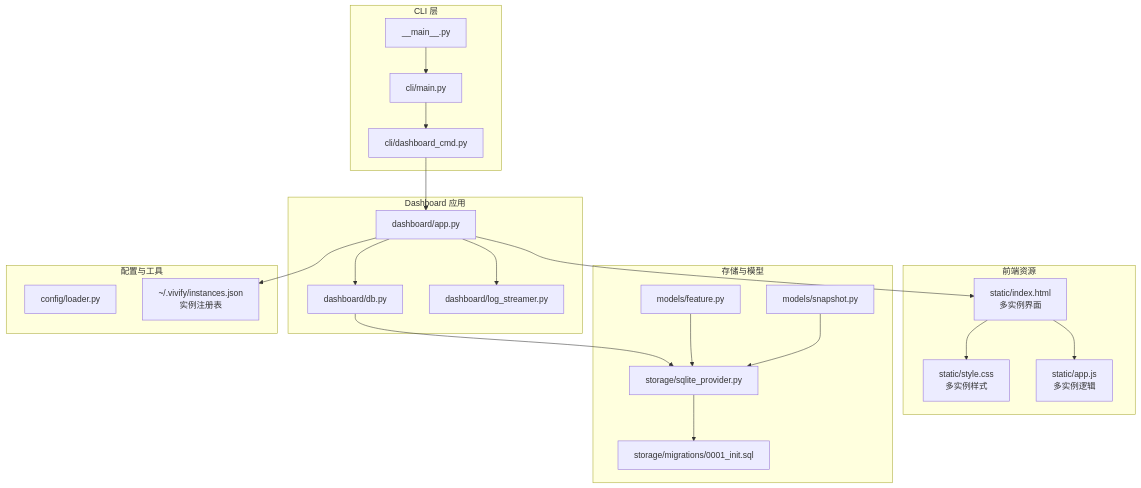
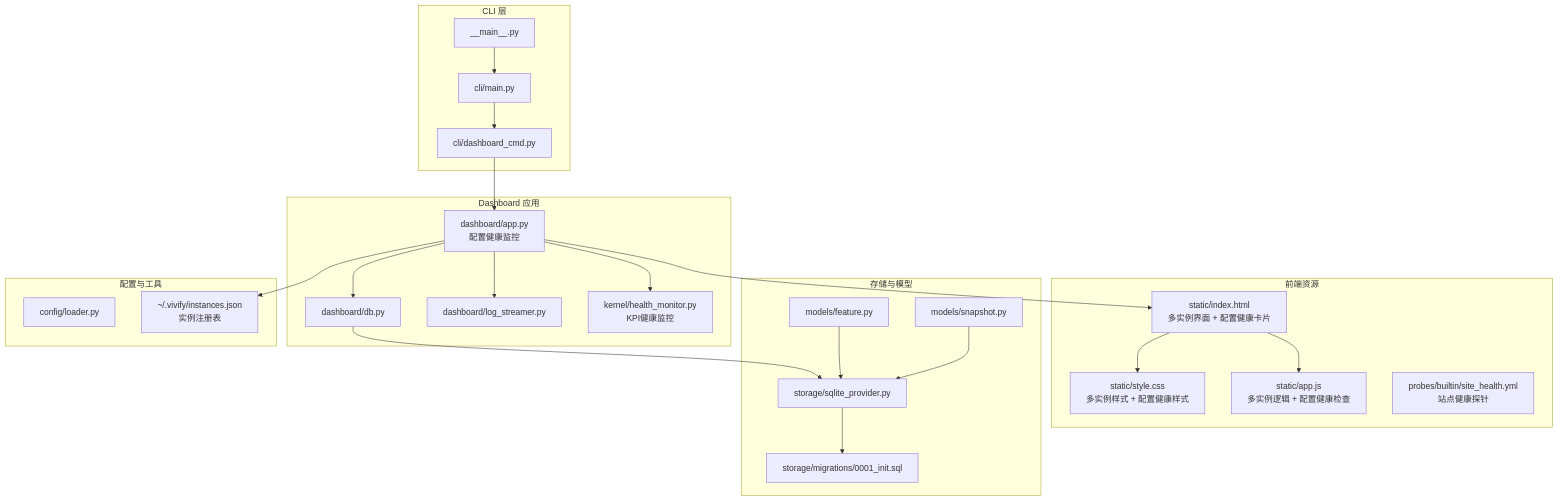
The first of 15 diagrams in .qoder/repowiki/zh/content/技术实现参考/Web仪表板系统.md (pinsonchen/vivify), drawn with Mermaid before and after one commit. The commit also changed other lines of this file and 5 other files, not shown here.

````diff
--- a/.qoder/repowiki/zh/content/技术实现参考/Web仪表板系统.md
+++ b/.qoder/repowiki/zh/content/技术实现参考/Web仪表板系统.md
@@ -56,41 +59,44 @@
 ```mermaid
 graph TB
 subgraph "CLI 层"
 CLI_Main["cli/main.py"]
 CLI_Dashboard["cli/dashboard_cmd.py"]
 Main_Entry["__main__.py"]
 end
 subgraph "Dashboard 应用"
-Dash_App["dashboard/app.py"]
+Dash_App["dashboard/app.py<br/>配置健康监控"]
 Dash_DB["dashboard/db.py"]
 Log_Streamer["dashboard/log_streamer.py"]
+Health_Monitor["kernel/health_monitor.py<br/>KPI健康监控"]
 end
 subgraph "前端资源"
-Index_HTML["static/index.html<br/>多实例界面"]
-Style_CSS["static/style.css<br/>多实例样式"]
-App_JS["static/app.js<br/>多实例逻辑"]
+Index_HTML["static/index.html<br/>多实例界面 + 配置健康卡片"]
+Style_CSS["static/style.css<br/>多实例样式 + 配置健康样式"]
+App_JS["static/app.js<br/>多实例逻辑 + 配置健康检查"]
+Probes["probes/builtin/site_health.yml<br/>站点健康探针"]
 end
 subgraph "存储与模型"
 SQLite_Provider["storage/sqlite_provider.py"]
 Schema_SQL["storage/migrations/0001_init.sql"]
 Feature_Model["models/feature.py"]
 Snapshot_Model["models/snapshot.py"]
 end
 subgraph "配置与工具"
 Config_Loader["config/loader.py"]
 Instance_Registry["~/.vivify/instances.json<br/>实例注册表"]
 end
 Main_Entry --> CLI_Main
 CLI_Main --> CLI_Dashboard
 CLI_Dashboard --> Dash_App
 Dash_App --> Dash_DB
 Dash_App --> Log_Streamer
+Dash_App --> Health_Monitor
 Dash_App --> Instance_Registry
 Dash_App --> Index_HTML
 Index_HTML --> Style_CSS
 Index_HTML --> App_JS
 Dash_DB --> SQLite_Provider
 SQLite_Provider --> Schema_SQL
 Feature_Model --> SQLite_Provider
 Snapshot_Model --> SQLite_Provider
 ```
````
